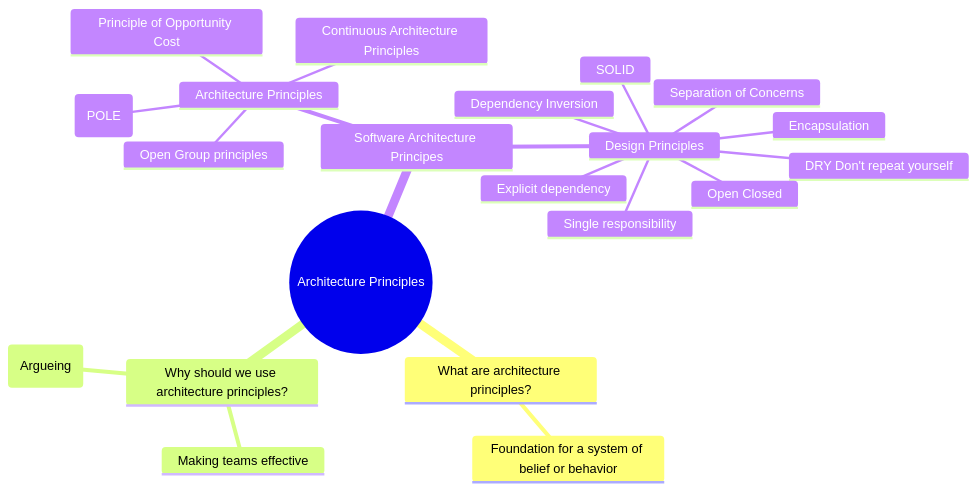
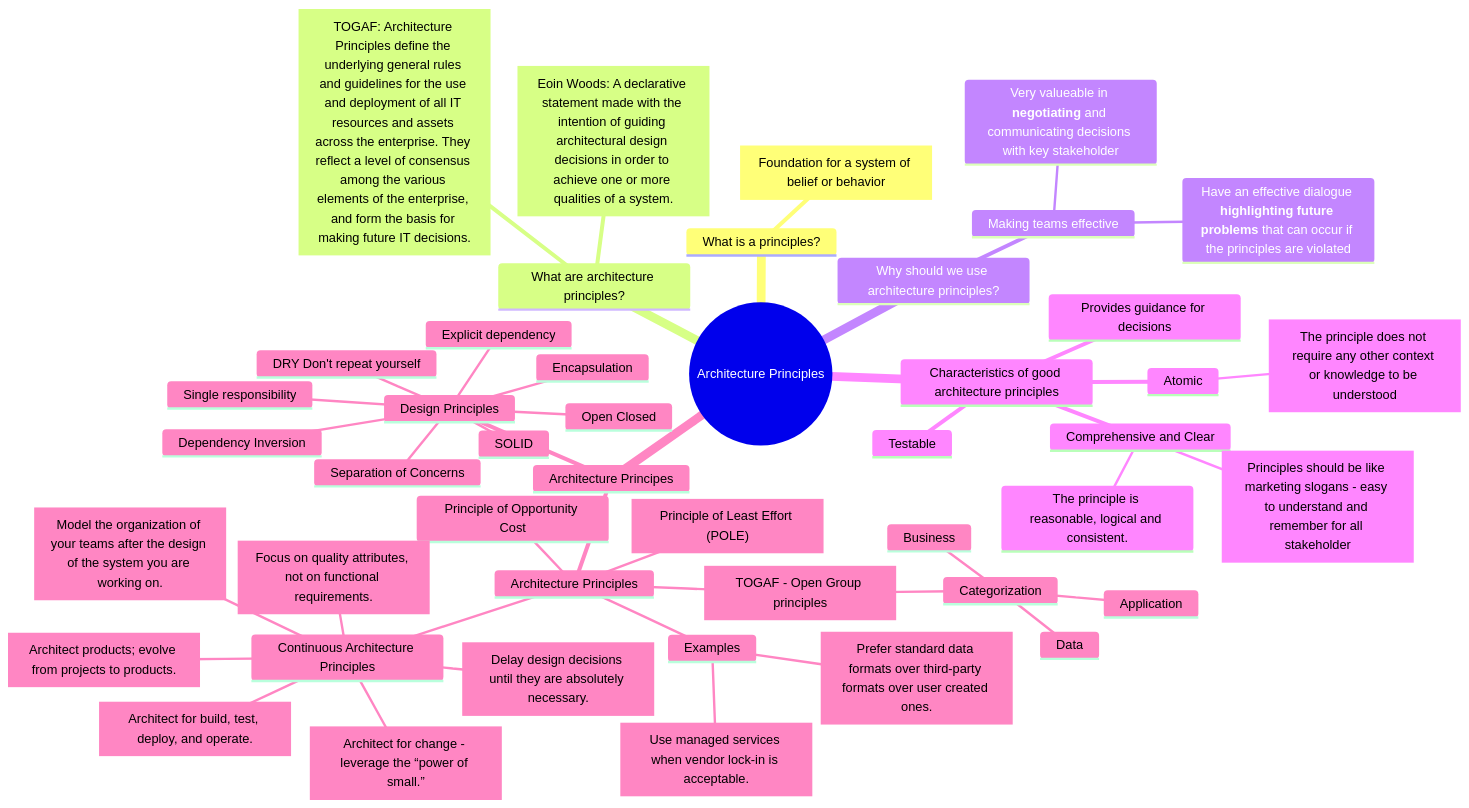
One commit to bitsmuggler/software-architecture-principles changed the diagram in README.md. Above: the diagram before and after it, drawn with Mermaid. The commit also changed other lines of this file, not shown here.

````diff
--- a/README.md
+++ b/README.md
@@ -5,24 +5,49 @@
 ```mermaid
 mindmap
   root((Architecture Principles))
+    What is a principles?
+        ["Foundation for a system of belief or behavior"]
     What are architecture principles?
-        Foundation for a system of belief or behavior
+        ["Eoin Woods: A declarative statement made with the intention of guiding architectural design decisions in order to achieve one or more qualities of a system."]
+        ["TOGAF: Architecture Principles define the underlying general rules and guidelines for the use and deployment of all IT resources and assets across the enterprise. They reflect a level of consensus among the various elements of the enterprise, and form the basis for making future IT decisions."]
     Why should we use architecture principles?
         Making teams effective
-        Communication (Argueing)
-    Software Architecture Principes
+            Very valueable in **negotiating** and communicating decisions with key stakeholder
+            Have an effective dialogue **highlighting future problems** that can occur if the principles are violated
+    Characteristics of good architecture principles
+        Comprehensive and Clear
+            The principle is reasonable, logical and consistent.
+            ["Principles should be like marketing slogans - easy to understand and remember for all stakeholder"]
+        Provides guidance for decisions
+        Testable
+        Atomic
+            ["The principle does not require any other context or knowledge to be understood"]    
+    Architecture Principes
         Architecture Principles
-            Principle of Least Effort (POLE)
+            ["Principle of Least Effort (POLE)"]
             Principle of Opportunity Cost
-            Open Group principles
+            [TOGAF - Open Group principles]
+                Categorization
+                    Business
+                    Data
+                    Application
             Continuous Architecture Principles
+                [Architect products; evolve from projects to products.]
+                [Focus on quality attributes, not on functional requirements.]
+                [Delay design decisions until they are absolutely necessary.]
+                [Architect for change - leverage the “power of small.”]
+                [Architect for build, test, deploy, and operate.]
+                [Model the organization of your teams after the design of the system you are working on.]
+            Examples
+                [Use managed services when vendor lock-in is acceptable.]
+                [Prefer standard data formats over third-party formats over user created ones.]
         Design Principles
             SOLID
             Separation of Concerns
             Encapsulation
             DRY Don't repeat yourself
             Dependency Inversion
             Explicit dependency
             Single responsibility
             Open Closed
 ```
````
